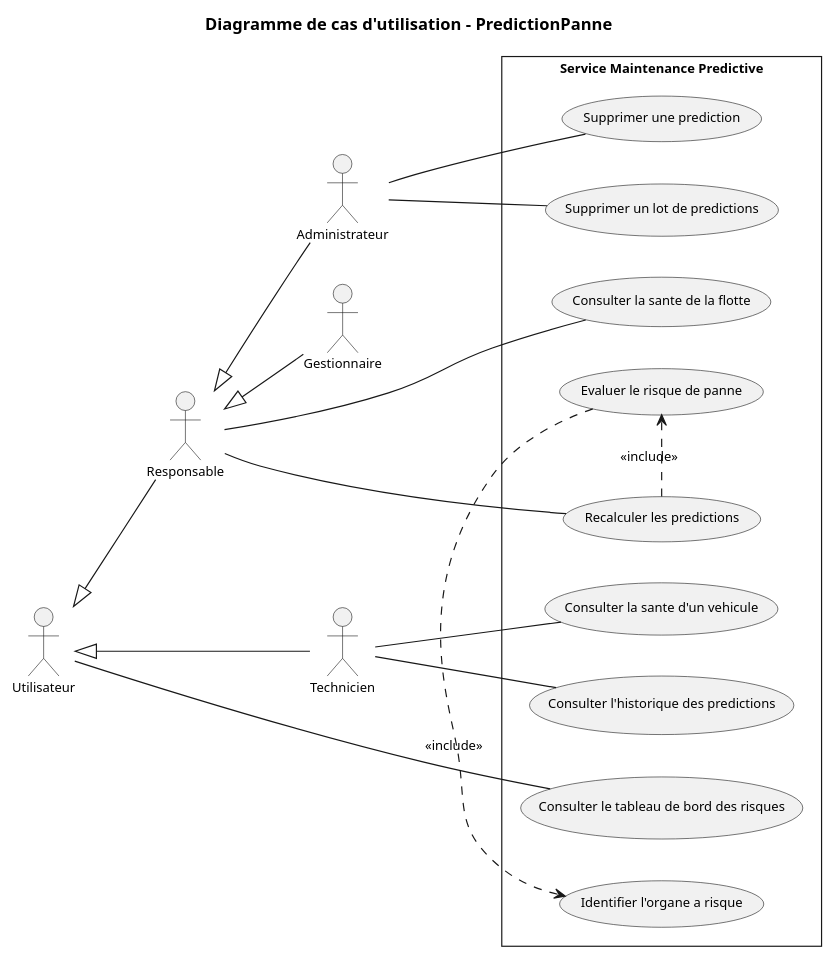
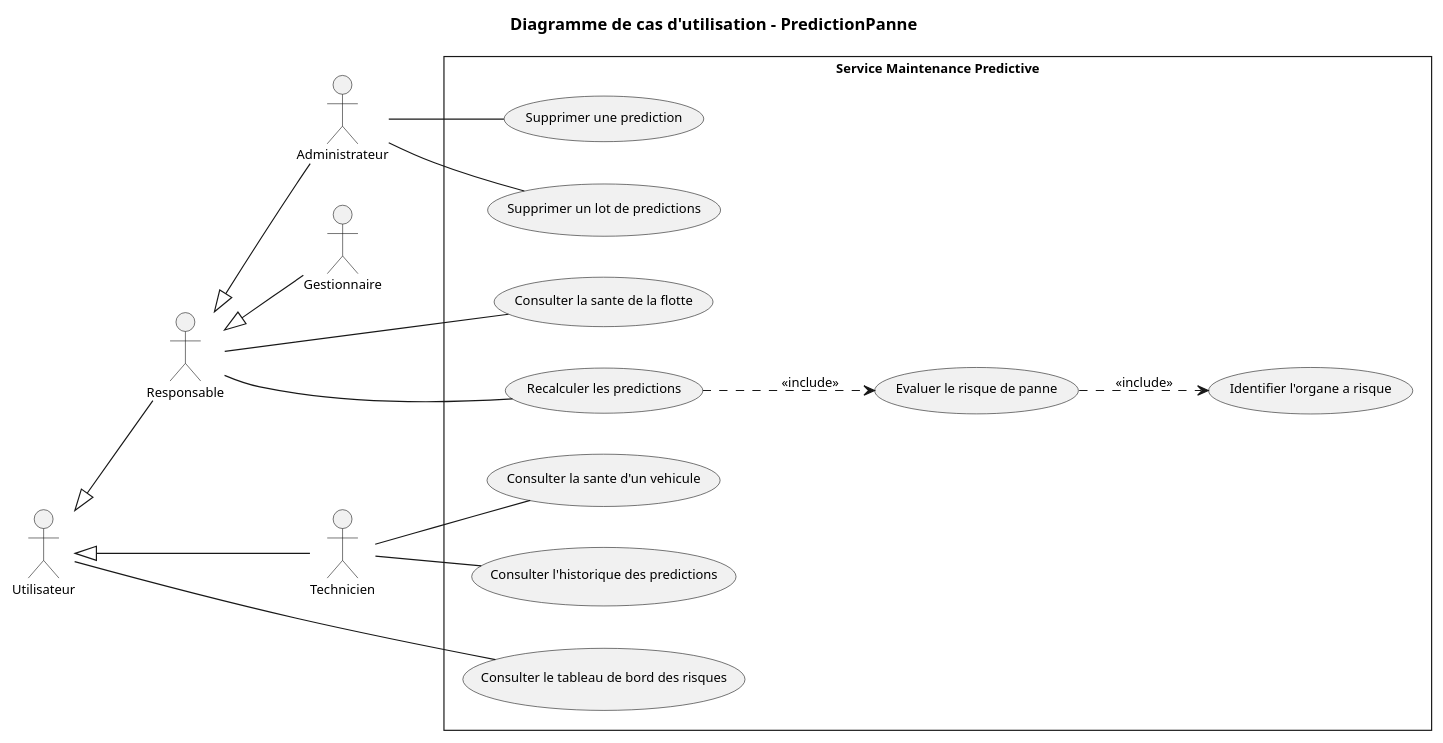
Before and after one commit to saber-barhoumi/Xpark-gmao: the diagram in docs/diagrams/microservices/PredictionPanne/PredictionPanne-usecase.puml, drawn with PlantUML. The commit also changed 23 other files, not shown here.

First line of the commit message:
docs(uml): hierarchie d'acteurs et relations entre cas d'utilisation

```diff
--- a/docs/diagrams/microservices/PredictionPanne/PredictionPanne-usecase.puml
+++ b/docs/diagrams/microservices/PredictionPanne/PredictionPanne-usecase.puml
@@ -1,50 +1,50 @@
 @startuml
 skinparam style strictuml
 skinparam packageStyle rectangle
 skinparam shadowing false
 skinparam defaultFontName Verdana
 skinparam defaultFontSize 11
 skinparam backgroundColor #FFFFFF
 left to right direction
 
 title Diagramme de cas d'utilisation - PredictionPanne
 
-' Acteurs principaux, empiles verticalement a gauche
+' Acteurs principaux, empiles a gauche du plus general au plus specialise
 actor "Utilisateur" as Utilisateur
 actor "Responsable" as Responsable
 actor "Administrateur" as Administrateur
 actor "Gestionnaire" as Gestionnaire
 actor "Technicien" as Technicien
 
 ' Generalisation : triangle creux, de l'enfant vers le parent
 Administrateur -up-|> Responsable
 Gestionnaire -up-|> Responsable
 Responsable -up-|> Utilisateur
 Technicien -up-|> Utilisateur
 
 rectangle "Service Maintenance Predictive" {
   usecase "Consulter le tableau de bord des risques" as UC_Consulter_le_tableau_de_bord_des_r
   usecase "Consulter la sante de la flotte" as UC_Consulter_la_sante_de_la_flotte
   usecase "Recalculer les predictions" as UC_Recalculer_les_predictions
   usecase "Evaluer le risque de panne" as UC_Evaluer_le_risque_de_panne
   usecase "Supprimer une prediction" as UC_Supprimer_une_prediction
   usecase "Supprimer un lot de predictions" as UC_Supprimer_un_lot_de_predictions
   usecase "Consulter la sante d'un vehicule" as UC_Consulter_la_sante_d_un_vehicule
   usecase "Consulter l'historique des predictions" as UC_Consulter_l_historique_des_predict
   usecase "Identifier l'organe a risque" as UC_Identifier_l_organe_a_risque
 }
 
 ' Associations : trait continu sans fleche (relation d'association)
 Utilisateur -- UC_Consulter_le_tableau_de_bord_des_r
 Responsable -- UC_Consulter_la_sante_de_la_flotte
 Responsable -- UC_Recalculer_les_predictions
 Administrateur -- UC_Supprimer_une_prediction
 Administrateur -- UC_Supprimer_un_lot_de_predictions
 Technicien -- UC_Consulter_la_sante_d_un_vehicule
 Technicien -- UC_Consulter_l_historique_des_predict
 
 ' << include >> : du cas de base vers le cas obligatoire
-UC_Recalculer_les_predictions .[norank].> UC_Evaluer_le_risque_de_panne : << include >>
-UC_Evaluer_le_risque_de_panne .[norank].> UC_Identifier_l_organe_a_risque : << include >>
+UC_Recalculer_les_predictions ..> UC_Evaluer_le_risque_de_panne : << include >>
+UC_Evaluer_le_risque_de_panne ..> UC_Identifier_l_organe_a_risque : << include >>
 
 @enduml
```
